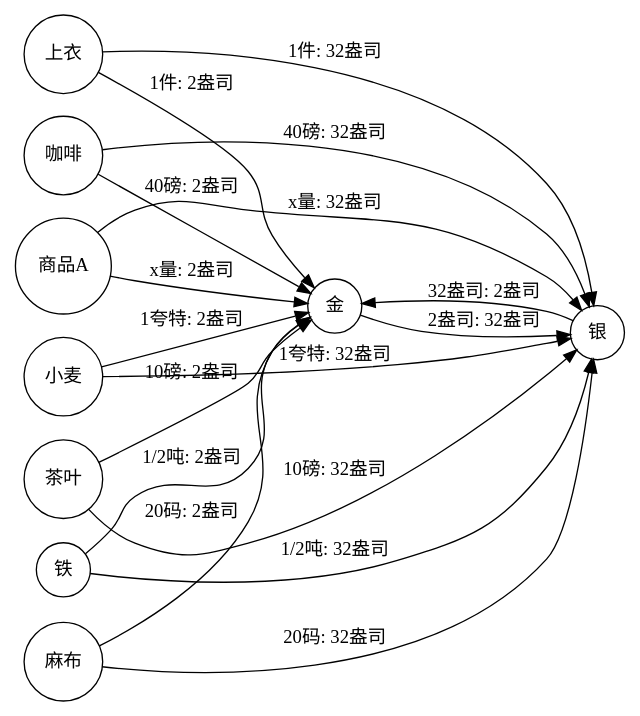
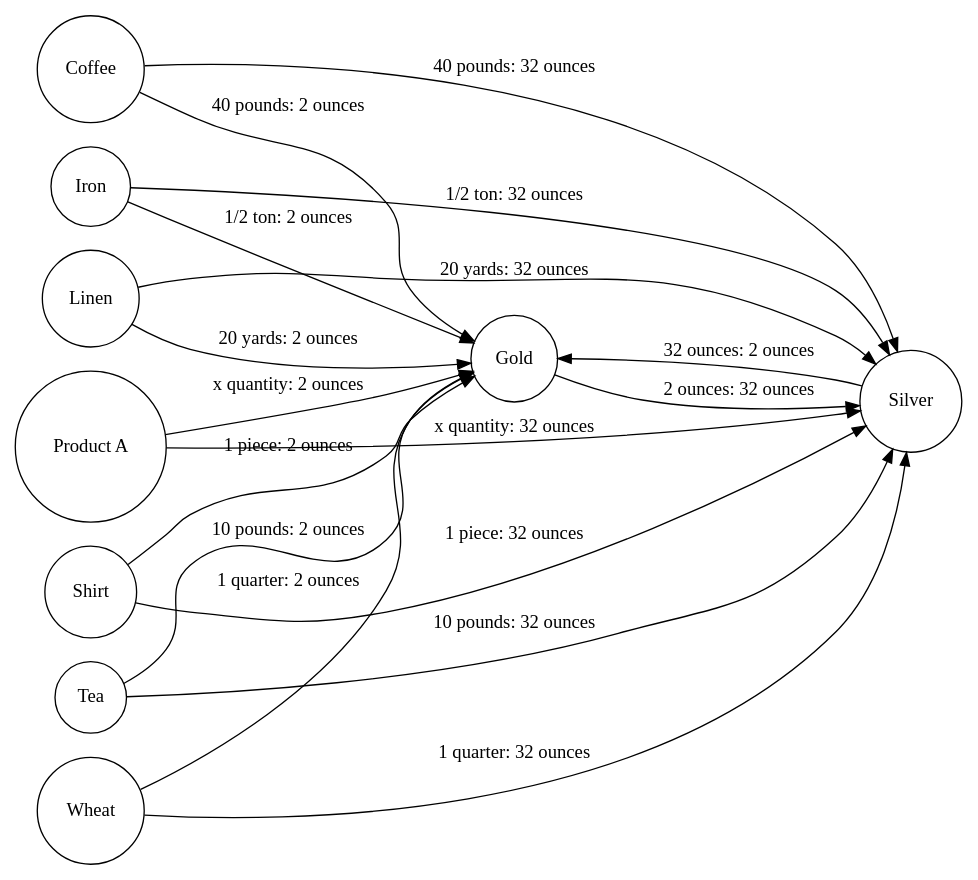
The diagram in 资本的生产过程/价值形式理论/价值形式/graphs_generated/moneys.dot (Wangsutan/Kapital), drawn with Graphviz before and after one commit. The commit also changed 82 other files, not shown here.

```diff
--- a/资本的生产过程/价值形式理论/价值形式/graphs_generated/moneys.dot
+++ b/资本的生产过程/价值形式理论/价值形式/graphs_generated/moneys.dot
@@ -1,20 +1,20 @@
 digraph 价值形式理论 {
     rankdir=LR;
     node [shape=circle];
-    "上衣" -> "金" [label="1件: 2盎司"];
-    "上衣" -> "银" [label="1件: 32盎司"];
-    "咖啡" -> "金" [label="40磅: 2盎司"];
-    "咖啡" -> "银" [label="40磅: 32盎司"];
-    "商品A" -> "金" [label="x量: 2盎司"];
-    "商品A" -> "银" [label="x量: 32盎司"];
-    "小麦" -> "金" [label="1夸特: 2盎司"];
-    "小麦" -> "银" [label="1夸特: 32盎司"];
-    "茶叶" -> "金" [label="10磅: 2盎司"];
-    "茶叶" -> "银" [label="10磅: 32盎司"];
-    "金" -> "银" [label="2盎司: 32盎司"];
-    "铁" -> "金" [label="1/2吨: 2盎司"];
-    "铁" -> "银" [label="1/2吨: 32盎司"];
-    "银" -> "金" [label="32盎司: 2盎司"];
-    "麻布" -> "金" [label="20码: 2盎司"];
-    "麻布" -> "银" [label="20码: 32盎司"];
+    "Coffee" -> "Gold" [label="40 pounds: 2 ounces"];
+    "Coffee" -> "Silver" [label="40 pounds: 32 ounces"];
+    "Gold" -> "Silver" [label="2 ounces: 32 ounces"];
+    "Iron" -> "Gold" [label="1/2 ton: 2 ounces"];
+    "Iron" -> "Silver" [label="1/2 ton: 32 ounces"];
+    "Linen" -> "Gold" [label="20 yards: 2 ounces"];
+    "Linen" -> "Silver" [label="20 yards: 32 ounces"];
+    "Product A" -> "Gold" [label="x quantity: 2 ounces"];
+    "Product A" -> "Silver" [label="x quantity: 32 ounces"];
+    "Shirt" -> "Gold" [label="1 piece: 2 ounces"];
+    "Shirt" -> "Silver" [label="1 piece: 32 ounces"];
+    "Silver" -> "Gold" [label="32 ounces: 2 ounces"];
+    "Tea" -> "Gold" [label="10 pounds: 2 ounces"];
+    "Tea" -> "Silver" [label="10 pounds: 32 ounces"];
+    "Wheat" -> "Gold" [label="1 quarter: 2 ounces"];
+    "Wheat" -> "Silver" [label="1 quarter: 32 ounces"];
 }
```
